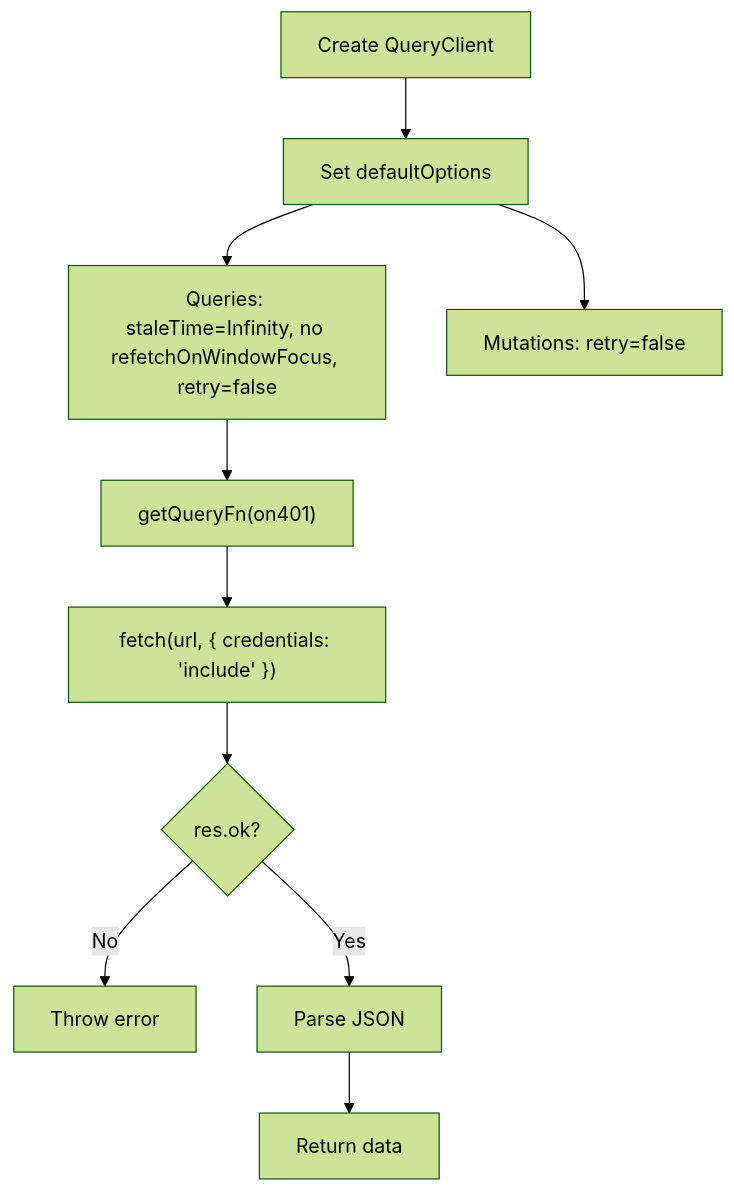
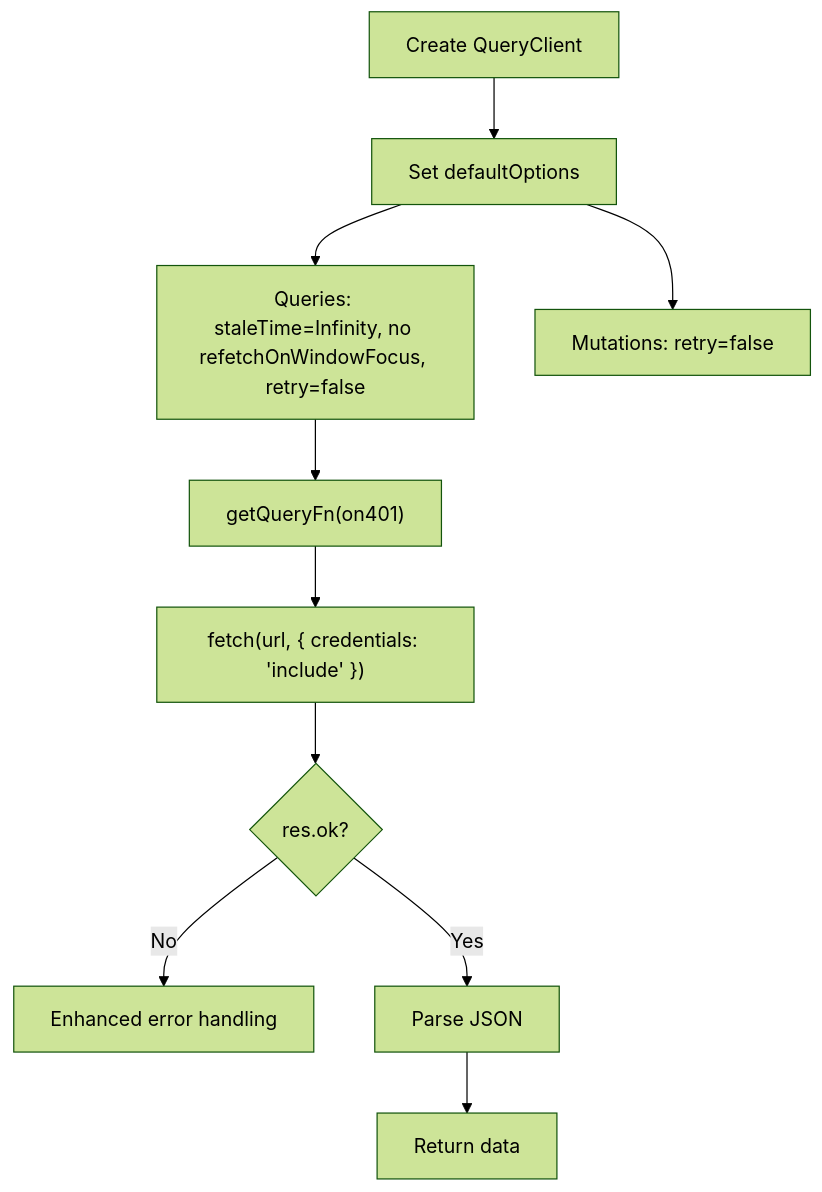
Before and after one commit to hunglevi87/Hidden-Gem: the sixth of 11 diagrams in .qoder/repowiki/en/content/Frontend Application/State Management.md, drawn with Mermaid (forest theme). The commit also changed other lines of this file and 14 other files, not shown here.

````diff
--- a/.qoder/repowiki/en/content/Frontend Application/State Management.md
+++ b/.qoder/repowiki/en/content/Frontend Application/State Management.md
@@ -235,12 +295,12 @@
 ```mermaid
 flowchart TD
 Init["Create QueryClient"] --> Defaults["Set defaultOptions"]
 Defaults --> Q["Queries: staleTime=Infinity, no refetchOnWindowFocus, retry=false"]
 Defaults --> M["Mutations: retry=false"]
 Q --> Factory["getQueryFn(on401)"]
 Factory --> Fetch["fetch(url, { credentials: 'include' })"]
 Fetch --> Ok{"res.ok?"}
-Ok --> |No| ThrowErr["Throw error"]
+Ok --> |No| ThrowErr["Enhanced error handling"]
 Ok --> |Yes| Parse["Parse JSON"]
 Parse --> Return["Return data"]
 ```
````
